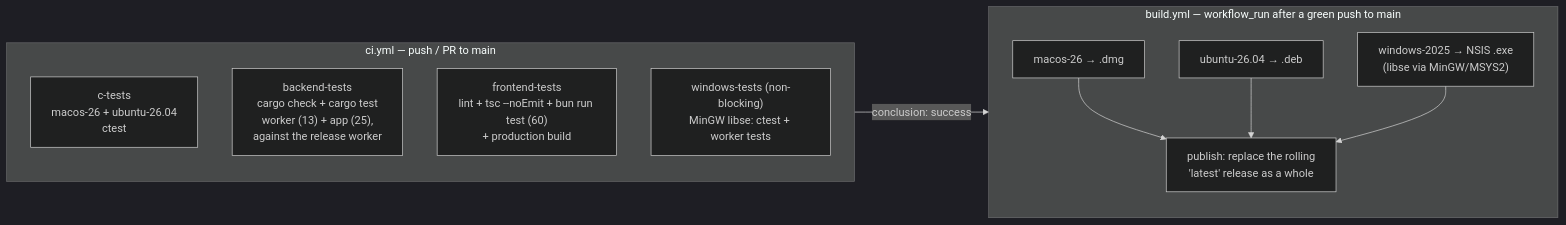
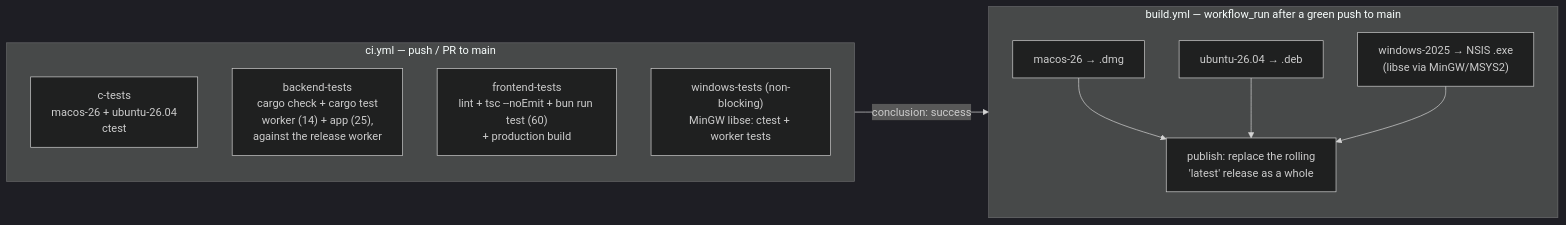
The sixth of 6 diagrams in ARCHITECTURE.md (sersergious/surface-evolver), drawn with Mermaid (dark theme) before and after one commit. The commit also changed other lines of this file and 7 other files, not shown here.

````diff
--- a/ARCHITECTURE.md
+++ b/ARCHITECTURE.md
@@ -296,20 +296,20 @@
 ```mermaid
 flowchart LR
     subgraph CI["ci.yml — push / PR to main"]
         direction TB
         C1["c-tests<br/>macos-26 + ubuntu-26.04<br/>ctest"]
-        C2["backend-tests<br/>cargo check + cargo test<br/>worker (13) + app (25),<br/>against the release worker"]
+        C2["backend-tests<br/>cargo check + cargo test<br/>worker (14) + app (25),<br/>against the release worker"]
         C3["frontend-tests<br/>lint + tsc --noEmit + bun run test (60)<br/>+ production build"]
         C4["windows-tests (non-blocking)<br/>MinGW libse: ctest + worker tests"]
     end
     subgraph BUILD["build.yml — workflow_run after a green push to main"]
         direction TB
         B1["macos-26 → .dmg"]
         B2["ubuntu-26.04 → .deb"]
         B3["windows-2025 → NSIS .exe<br/>(libse via MinGW/MSYS2)"]
         B1 --> REL["publish: replace the rolling<br/>'latest' release as a whole"]
         B2 --> REL
         B3 --> REL
     end
     CI -- "conclusion: success" --> BUILD
 ```
````
